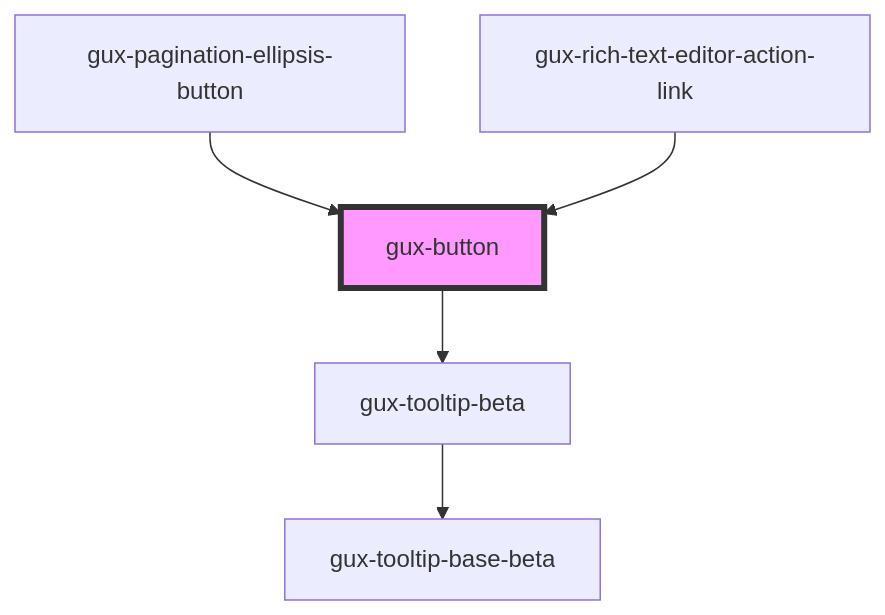
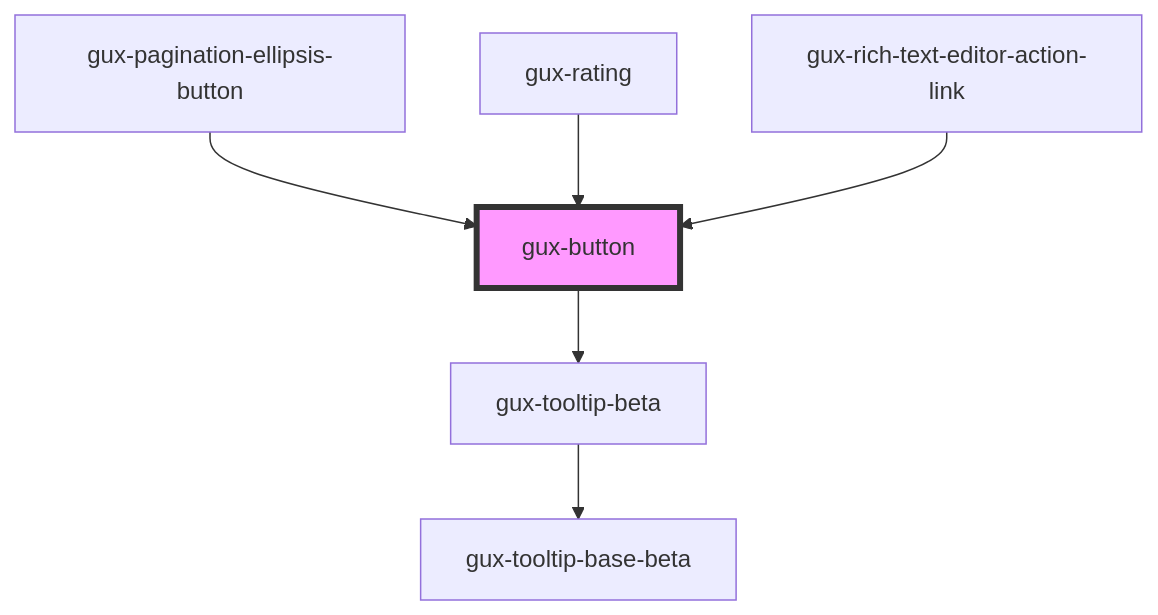
One commit to MyPureCloud/genesys-spark changed the diagram in packages/genesys-spark-components/src/components/stable/gux-button/readme.md. Above: the diagram before and after it, drawn with Mermaid. The commit also changed other lines of this file and 31 other files, not shown here.

````diff
--- a/packages/genesys-spark-components/src/components/stable/gux-button/readme.md
+++ b/packages/genesys-spark-components/src/components/stable/gux-button/readme.md
@@ -39,8 +40,9 @@
 ```mermaid
 graph TD;
   gux-button --> gux-tooltip-beta
   gux-tooltip-beta --> gux-tooltip-base-beta
   gux-pagination-ellipsis-button --> gux-button
+  gux-rating --> gux-button
   gux-rich-text-editor-action-link --> gux-button
   style gux-button fill:#f9f,stroke:#333,stroke-width:4px
 ```
````
